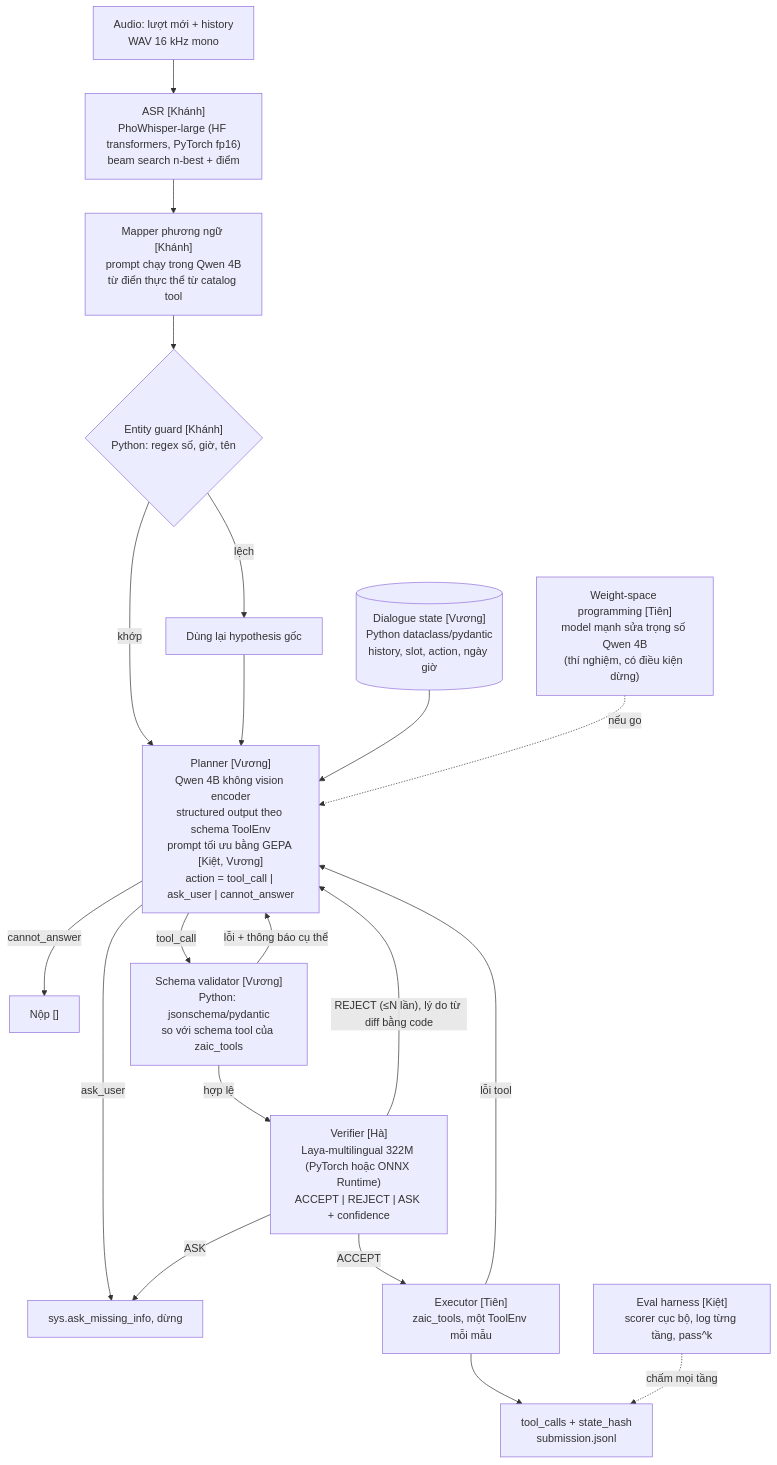
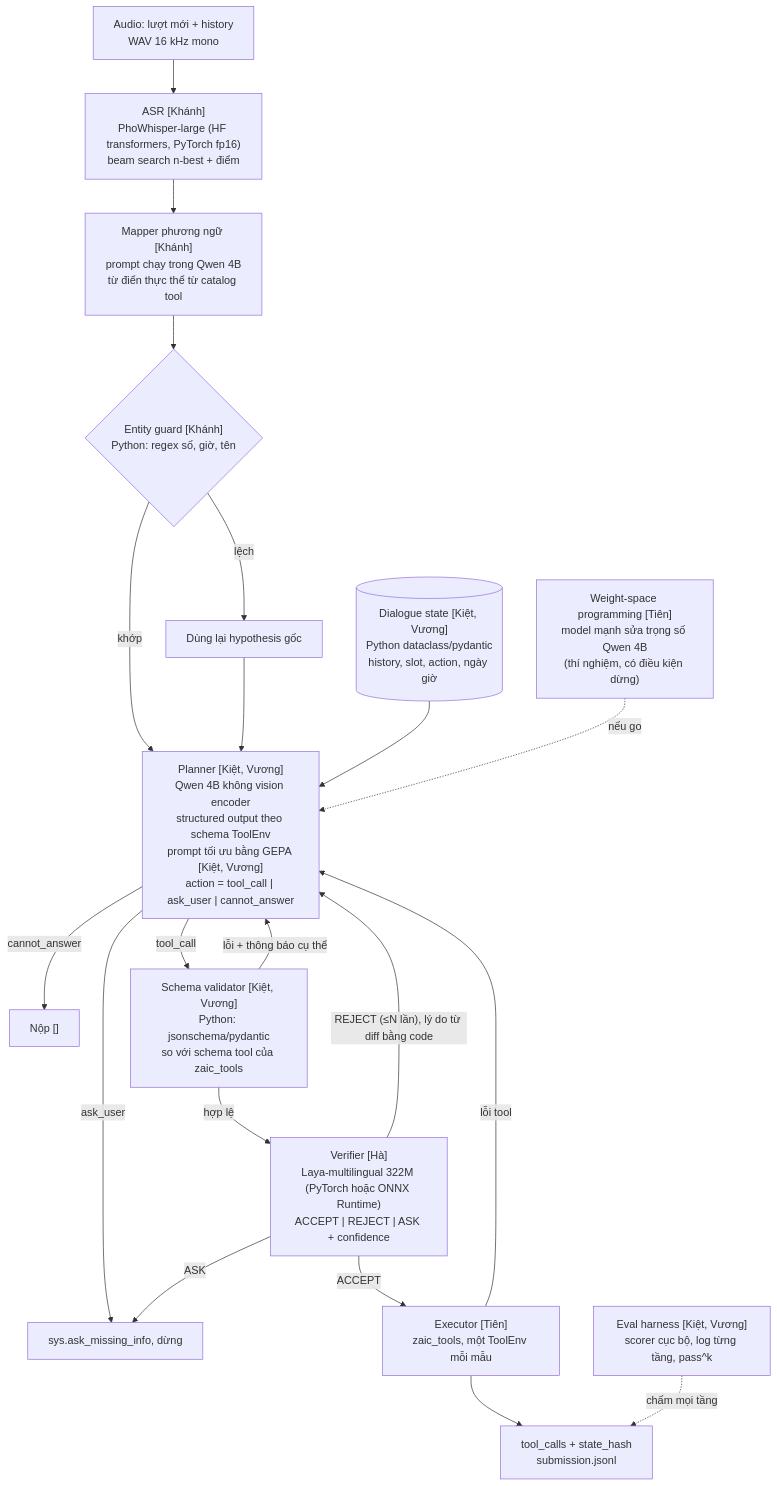
The second of 2 diagrams in docs/PROJECT_OVERVIEW.md (Bamboohoccode/ZAIC_2026), drawn with Mermaid before and after one commit. The commit also changed other lines of this file, not shown here.

````diff
--- a/docs/PROJECT_OVERVIEW.md
+++ b/docs/PROJECT_OVERVIEW.md
@@ -82,22 +91,22 @@
 ```mermaid
 flowchart TD
     A["Audio: lượt mới + history<br/>WAV 16 kHz mono"] --> B["ASR [Khánh]<br/>PhoWhisper-large (HF transformers, PyTorch fp16)<br/>beam search n-best + điểm"]
     B --> C["Mapper phương ngữ [Khánh]<br/>prompt chạy trong Qwen 4B<br/>từ điển thực thể từ catalog tool"]
     C --> G{"Entity guard [Khánh]<br/>Python: regex số, giờ, tên"}
     G -- khớp --> D
     G -- lệch --> C0["Dùng lại hypothesis gốc"] --> D
-    S[("Dialogue state [Vương]<br/>Python dataclass/pydantic<br/>history, slot, action, ngày giờ")] --> D
-    D["Planner [Vương]<br/>Qwen 4B không vision encoder<br/>structured output theo schema ToolEnv<br/>prompt tối ưu bằng GEPA [Kiệt, Vương]<br/>action = tool_call | ask_user | cannot_answer"]
+    S[("Dialogue state [Kiệt, Vương]<br/>Python dataclass/pydantic<br/>history, slot, action, ngày giờ")] --> D
+    D["Planner [Kiệt, Vương]<br/>Qwen 4B không vision encoder<br/>structured output theo schema ToolEnv<br/>prompt tối ưu bằng GEPA [Kiệt, Vương]<br/>action = tool_call | ask_user | cannot_answer"]
     D -- cannot_answer --> R["Nộp []"]
     D -- ask_user --> Q["sys.ask_missing_info, dừng"]
-    D -- tool_call --> V1["Schema validator [Vương]<br/>Python: jsonschema/pydantic<br/>so với schema tool của zaic_tools"]
+    D -- tool_call --> V1["Schema validator [Kiệt, Vương]<br/>Python: jsonschema/pydantic<br/>so với schema tool của zaic_tools"]
     V1 -- "lỗi + thông báo cụ thể" --> D
     V1 -- hợp lệ --> V2["Verifier [Hà]<br/>Laya-multilingual 322M (PyTorch hoặc ONNX Runtime)<br/>ACCEPT | REJECT | ASK + confidence"]
     V2 -- "REJECT (≤N lần), lý do từ diff bằng code" --> D
     V2 -- ASK --> Q
     V2 -- ACCEPT --> F["Executor [Tiên]<br/>zaic_tools, một ToolEnv mỗi mẫu"]
     F -- "lỗi tool" --> D
     F --> Res["tool_calls + state_hash<br/>submission.jsonl"]
     W["Weight-space programming [Tiên]<br/>model mạnh sửa trọng số Qwen 4B<br/>(thí nghiệm, có điều kiện dừng)"] -. "nếu go" .-> D
-    E["Eval harness [Kiệt]<br/>scorer cục bộ, log từng tầng, pass^k"] -. "chấm mọi tầng" .-> Res
+    E["Eval harness [Kiệt, Vương]<br/>scorer cục bộ, log từng tầng, pass^k"] -. "chấm mọi tầng" .-> Res
 ```
````
